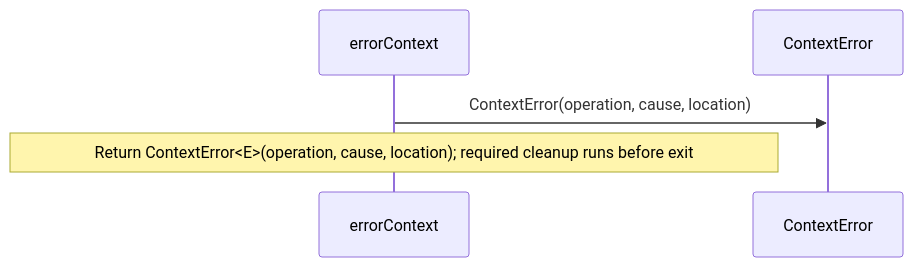
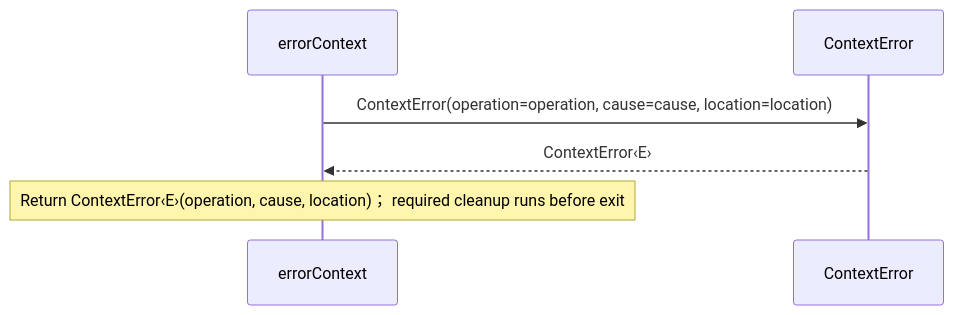
One commit to GreenPandaStudios/augscript changed the second of 2 diagrams in src/stdlib/errors/context.aug.diagrams.md. Above: the diagram before and after it, drawn with Mermaid. The commit also changed other lines of this file and 524 other files, not shown here.

Commit message:
Explain checked data flow at folder and service levels

````diff
--- a/src/stdlib/errors/context.aug.diagrams.md
+++ b/src/stdlib/errors/context.aug.diagrams.md
@@ -48,7 +38,8 @@
 ```mermaid
 sequenceDiagram
     participant p0 as errorContext
     participant p1 as ContextError
-    p0->>p1: ContextError(operation, cause, location)
-    Note over p0: Return ContextError#60;E#62;(operation, cause, location)#59; required cleanup runs before exit
+    p0->>p1: ContextError(operation=operation, cause=cause, location=location)
+    p1-->>p0: ContextError‹E›
+    Note over p0: Return ContextError‹E›(operation, cause, location)； required cleanup runs before exit
 ```
````
